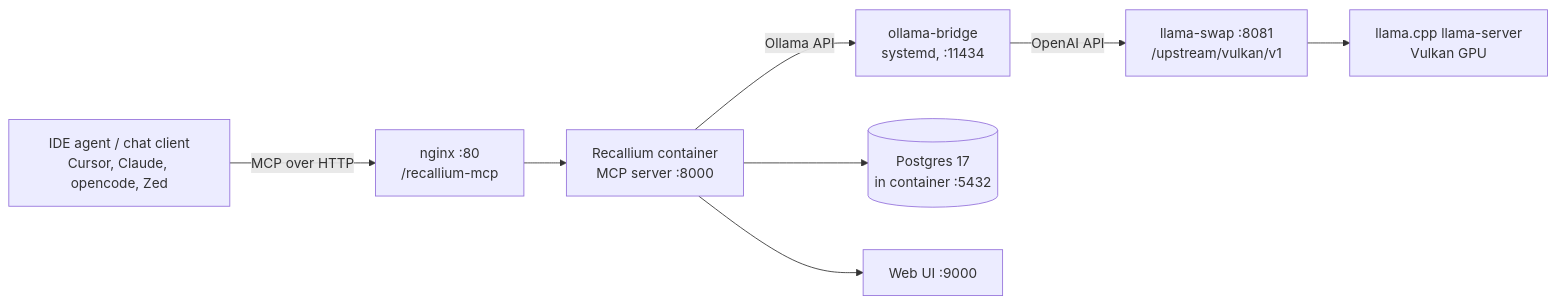
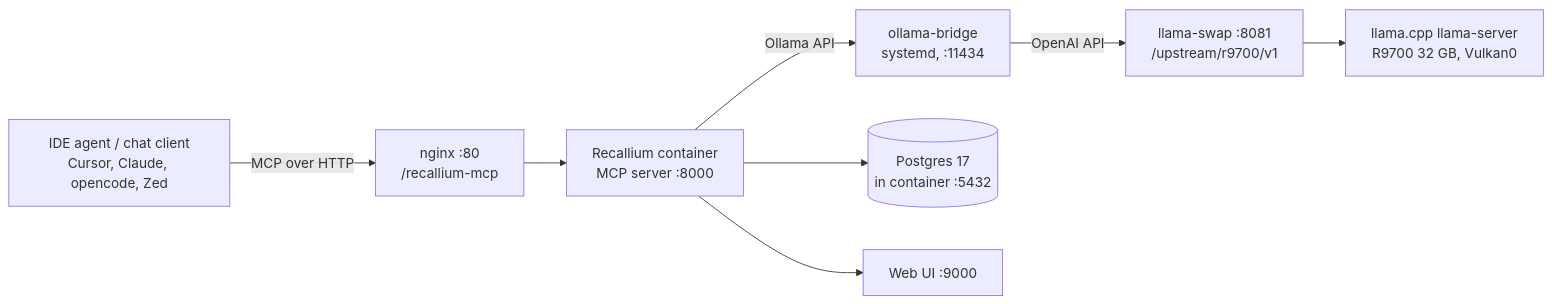
One commit to cjdell/nixos-config changed the diagram in docs/recallium.md. Above: the diagram before and after it, drawn with Mermaid. The commit also changed 7 other files, not shown here.

````diff
--- a/docs/recallium.md
+++ b/docs/recallium.md
@@ -18,10 +18,10 @@
 ```mermaid
 flowchart LR
     Agent[IDE agent / chat client<br/>Cursor, Claude, opencode, Zed] -->|MCP over HTTP| Nginx[nginx :80<br/>/recallium-mcp]
     Nginx --> MCP[Recallium container<br/>MCP server :8000]
     MCP -->|Ollama API| Bridge[ollama-bridge<br/>systemd, :11434]
-    Bridge -->|OpenAI API| Swap[llama-swap :8081<br/>/upstream/vulkan/v1]
-    Swap --> CPP[llama.cpp llama-server<br/>Vulkan GPU]
+    Bridge -->|OpenAI API| Swap[llama-swap :8081<br/>/upstream/r9700/v1]
+    Swap --> CPP[llama.cpp llama-server<br/>R9700 32 GB, Vulkan0]
     MCP --> PG[(Postgres 17<br/>in container :5432)]
     MCP --> UI[Web UI :9000]
 ```
````
